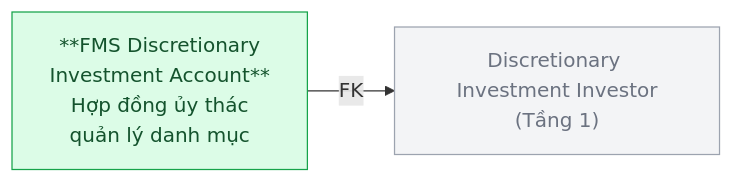
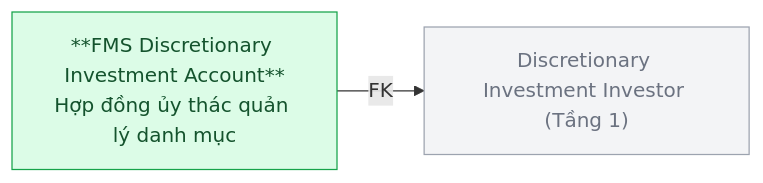
Before and after one commit to linhlvit/ubck_atomic_design: the tenth of 16 diagrams in Silver/hld/FMS_HLD_Tier2.md, drawn with Mermaid. The commit also changed other lines of this file and 1 other file, not shown here.

Commit message:
HLD FMS Tier 2

````diff
--- a/Silver/hld/FMS_HLD_Tier2.md
+++ b/Silver/hld/FMS_HLD_Tier2.md
@@ -253,10 +241,10 @@
 ```mermaid
 graph LR
     classDef silver fill:#dcfce7,stroke:#16a34a,color:#14532d
     classDef refnode fill:#f3f4f6,stroke:#9ca3af,color:#6b7280
 
-    DII["Discretionary Investment Investor\n(Tầng 1)"]:::refnode
-    IACC["**FMS Discretionary\nInvestment Account**\nHợp đồng ủy thác\nquản lý danh mục"]:::silver
+    DII["Discretionary Investment Investor (Tầng 1)"]:::refnode
+    IACC["**FMS Discretionary Investment Account**\nHợp đồng ủy thác quản lý danh mục"]:::silver
 
     IACC -->|FK| DII
 ```
````
